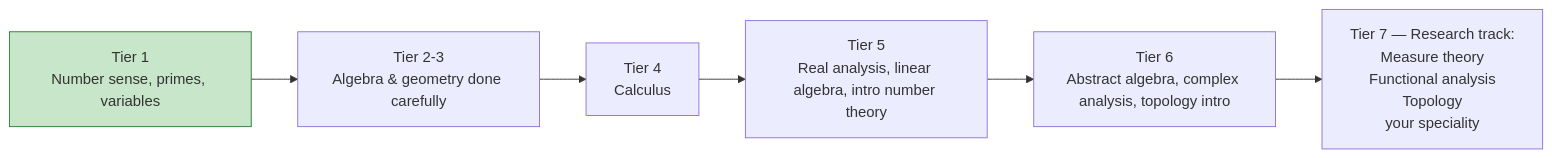
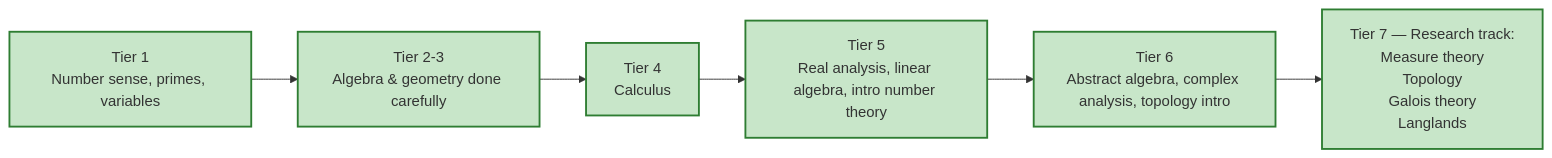
Before and after one commit to rajeshpillai/applied-maths: the diagram in applied-bridges/research.qmd, drawn with Mermaid. The commit also changed other lines of this file and 5 other files, not shown here.

````diff
--- a/applied-bridges/research.qmd
+++ b/applied-bridges/research.qmd
@@ -20,11 +20,11 @@
 ```{mermaid}
 flowchart LR
     A[Tier 1<br/>Number sense, primes, variables] --> B[Tier 2-3<br/>Algebra & geometry done carefully]
     B --> C[Tier 4<br/>Calculus]
     C --> D[Tier 5<br/>Real analysis, linear algebra, intro number theory]
     D --> E[Tier 6<br/>Abstract algebra, complex analysis, topology intro]
-    E --> F[Tier 7 — Research track:<br/>Measure theory<br/>Functional analysis<br/>Topology<br/>your speciality]
+    E --> F[Tier 7 — Research track:<br/>Measure theory<br/>Topology<br/>Galois theory<br/>Langlands]
 
-    classDef built fill:#c8e6c9,stroke:#2e7d32
-    class A built
+    classDef built fill:#c8e6c9,stroke:#2e7d32,stroke-width:2px
+    class A,B,C,D,E,F built
 ```
````
